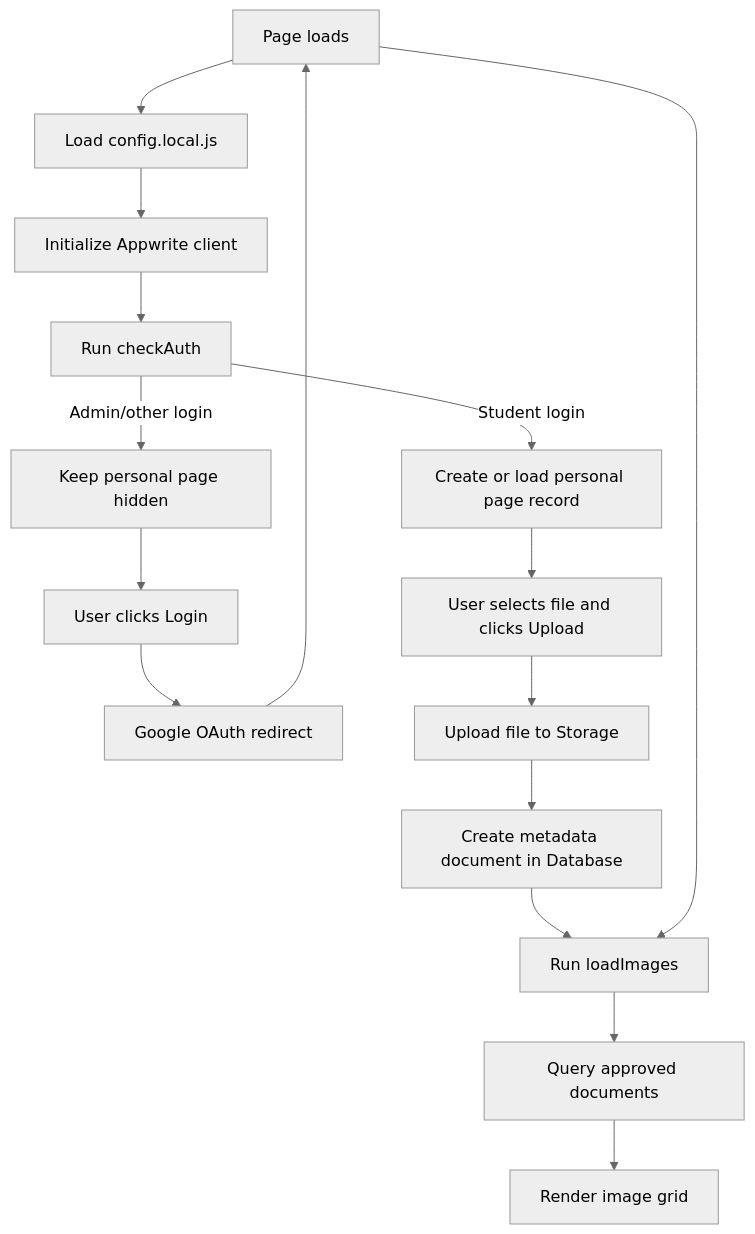
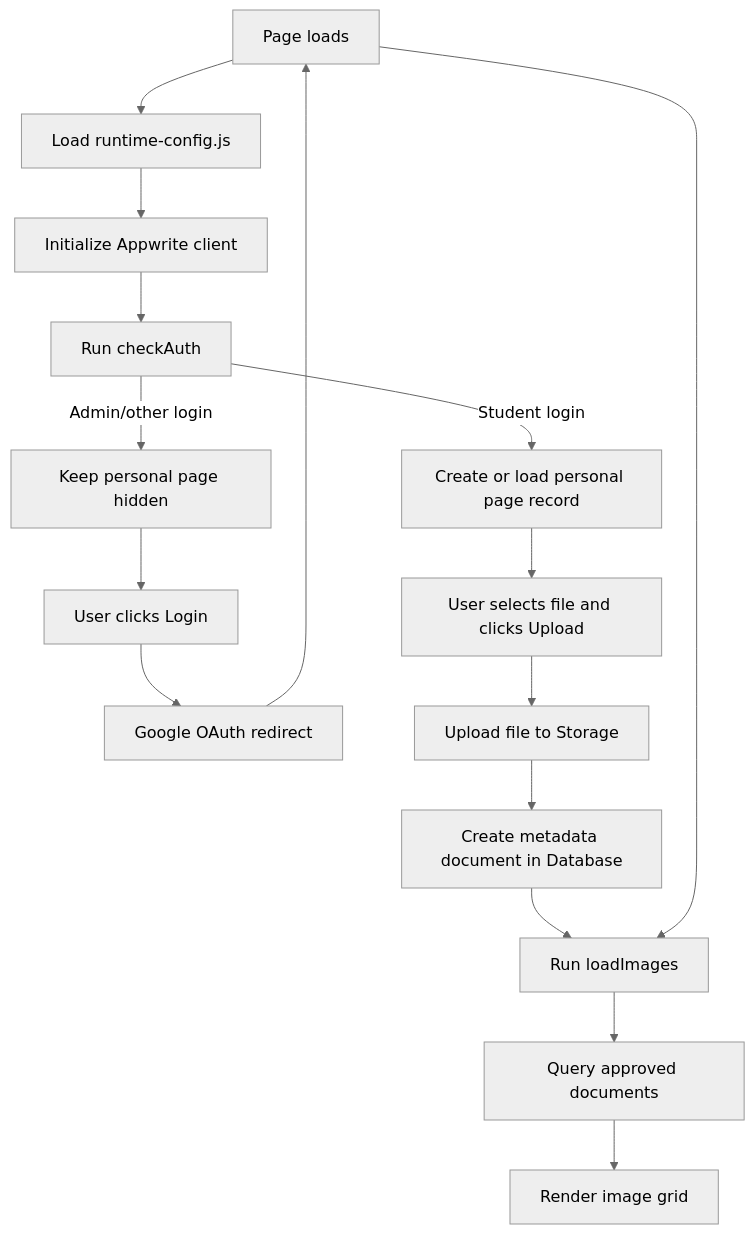
The first of 2 diagrams in README.md (sxn-star/psych-honours-2026), drawn with Mermaid (neutral theme) before and after one commit. The commit also changed other lines of this file and 9 other files, not shown here.

Commit message:
Rename browser runtime config to runtime-config.js

````diff
--- a/README.md
+++ b/README.md
@@ -57,18 +57,18 @@
 ```mermaid
 flowchart TD
-	A[Page loads] --> B[Load config.local.js]
+	A[Page loads] --> B[Load runtime-config.js]
 	B --> C[Initialize Appwrite client]
 	C --> D[Run checkAuth]
 	D -->|Student login| E[Create or load personal page record]
 	D -->|Admin/other login| F[Keep personal page hidden]
 	E --> G[User selects file and clicks Upload]
 	F --> H[User clicks Login]
 	H --> I[Google OAuth redirect]
 	I --> A
 	G --> J[Upload file to Storage]
 	J --> K[Create metadata document in Database]
 	K --> L[Run loadImages]
 	A --> L
 	L --> M[Query approved documents]
 	M --> N[Render image grid]
 ```
````
